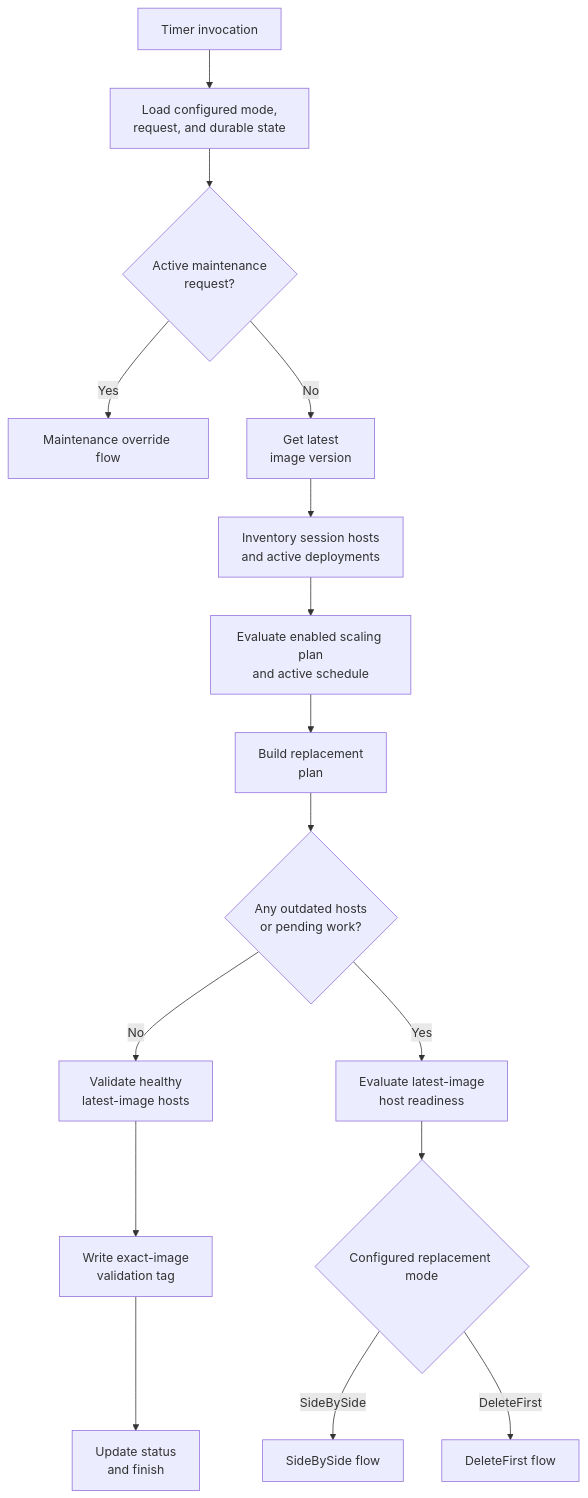
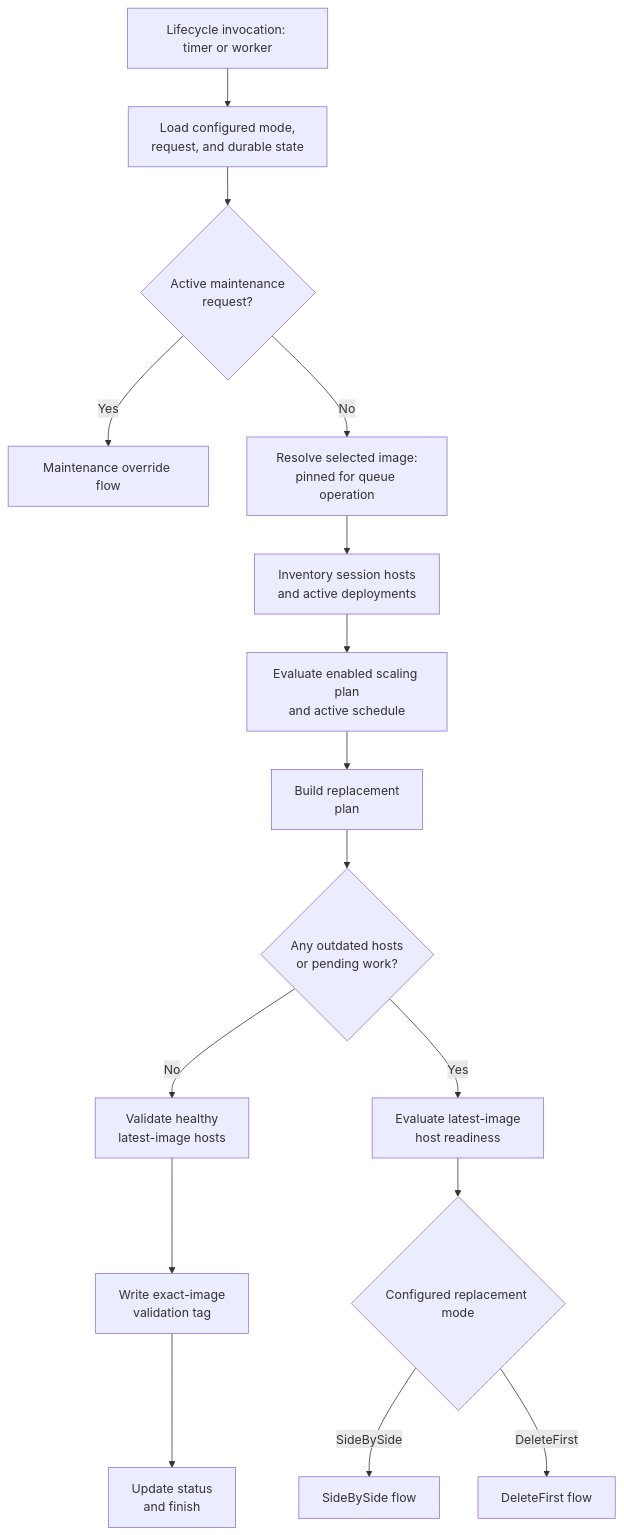
The second of 5 diagrams in deployments/add-ons/sessionHostReplacer/replacement-flow.md (Azure/FederalAVD), drawn with Mermaid before and after one commit. The commit also changed other lines of this file and 45 other files, not shown here.

````diff
--- a/deployments/add-ons/sessionHostReplacer/replacement-flow.md
+++ b/deployments/add-ons/sessionHostReplacer/replacement-flow.md
@@ -16,18 +93,18 @@
 ```mermaid
 flowchart TD
-    A[Timer invocation] --> B["Load configured mode,<br/>request, and durable state"]
+    A[Lifecycle invocation: timer or worker] --> B["Load configured mode,<br/>request, and durable state"]
     B --> R{"Active maintenance<br/>request?"}
     R -- Yes --> MW[Maintenance override flow]
-    R -- No --> C["Get latest<br/>image version"]
+    R -- No --> C["Resolve selected image:<br/>pinned for queue operation"]
     C --> D["Inventory session hosts<br/>and active deployments"]
     D --> E["Evaluate enabled scaling plan<br/>and active schedule"]
     E --> F["Build replacement<br/>plan"]
     F --> G{"Any outdated hosts<br/>or pending work?"}
     G -- No --> H["Validate healthy<br/>latest-image hosts"]
     H --> I["Write exact-image<br/>validation tag"]
     I --> J["Update status<br/>and finish"]
     G -- Yes --> K["Evaluate latest-image<br/>host readiness"]
     K --> L{Configured replacement mode}
     L -- SideBySide --> SBS[SideBySide flow]
     L -- DeleteFirst --> DF[DeleteFirst flow]
 ```
````
